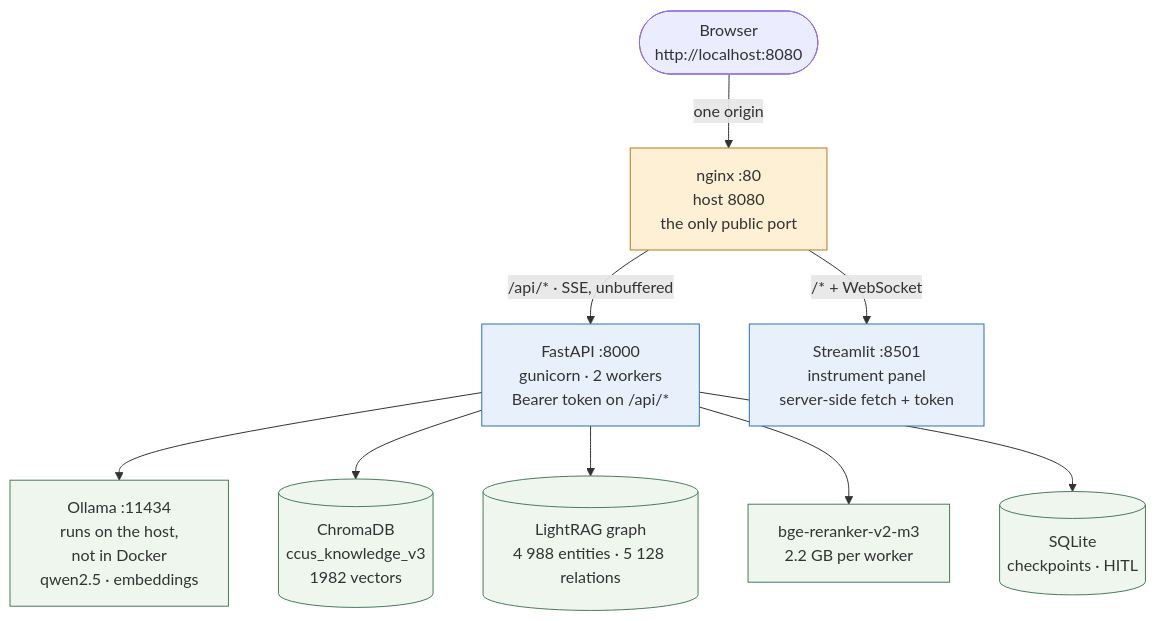
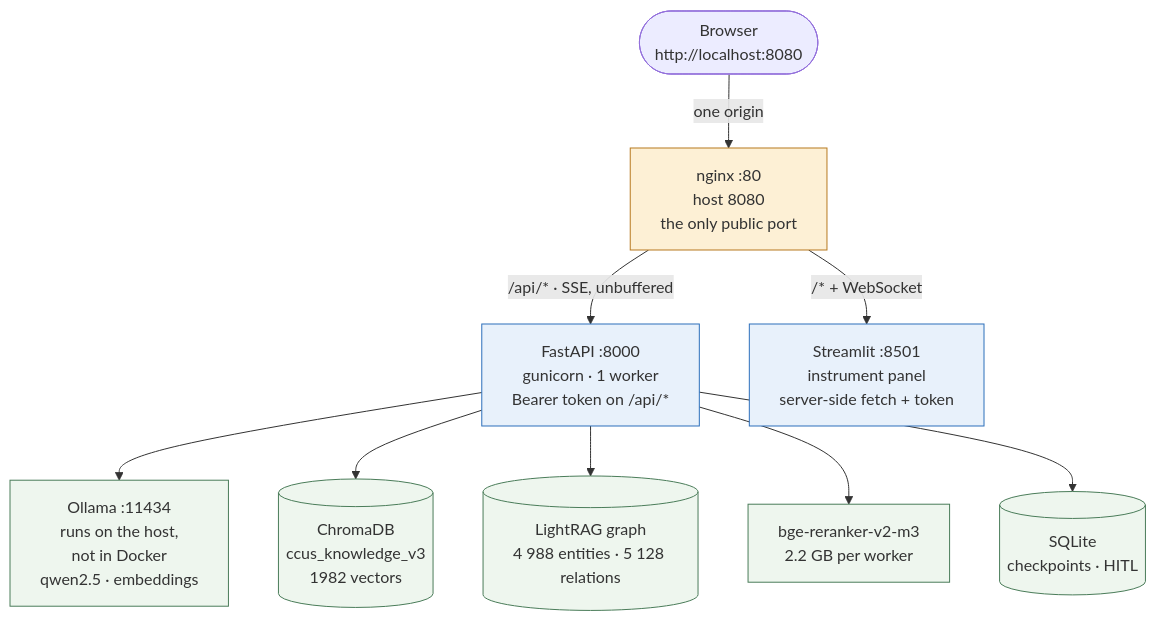
One commit to qinruizhang001-hash/petro-rag-agent changed the first of 2 diagrams in README.md. Above: the diagram before and after it, drawn with Mermaid. The commit also changed other lines of this file and 14 other files, not shown here.

````diff
--- a/README.md
+++ b/README.md
@@ -38,31 +38,31 @@
 ```mermaid
 flowchart TB
     B(["Browser<br/>http://localhost:8080"])
 
     NG["nginx :80<br/>host 8080<br/>the only public port"]
 
-    BE["FastAPI :8000<br/>gunicorn · 2 workers<br/>Bearer token on /api/*"]
+    BE["FastAPI :8000<br/>gunicorn · 1 worker<br/>Bearer token on /api/*"]
     FE["Streamlit :8501<br/>instrument panel<br/>server-side fetch + token"]
 
     OL["Ollama :11434<br/>runs on the host,<br/>not in Docker<br/>qwen2.5 · embeddings"]
     CH[("ChromaDB<br/>ccus_knowledge_v3<br/>1982 vectors")]
     GR[("LightRAG graph<br/>4 988 entities · 5 128 relations")]
     RR["bge-reranker-v2-m3<br/>2.2 GB per worker"]
     SQ[("SQLite<br/>checkpoints · HITL")]
 
     B -->|"one origin"| NG
     NG -->|"/* + WebSocket"| FE
     NG -->|"/api/* · SSE, unbuffered"| BE
     BE --> OL
     BE --> CH
     BE --> GR
     BE --> RR
     BE --> SQ
 
     classDef edgeStyle fill:#fdf0d5,stroke:#b7791f,stroke-width:1px
     classDef appStyle fill:#e8f1fb,stroke:#2c6fbb,stroke-width:1px
     classDef dataStyle fill:#eef6ee,stroke:#4a7c59,stroke-width:1px
     class NG edgeStyle
     class FE,BE appStyle
     class OL,CH,GR,RR,SQ dataStyle
 ```
````
